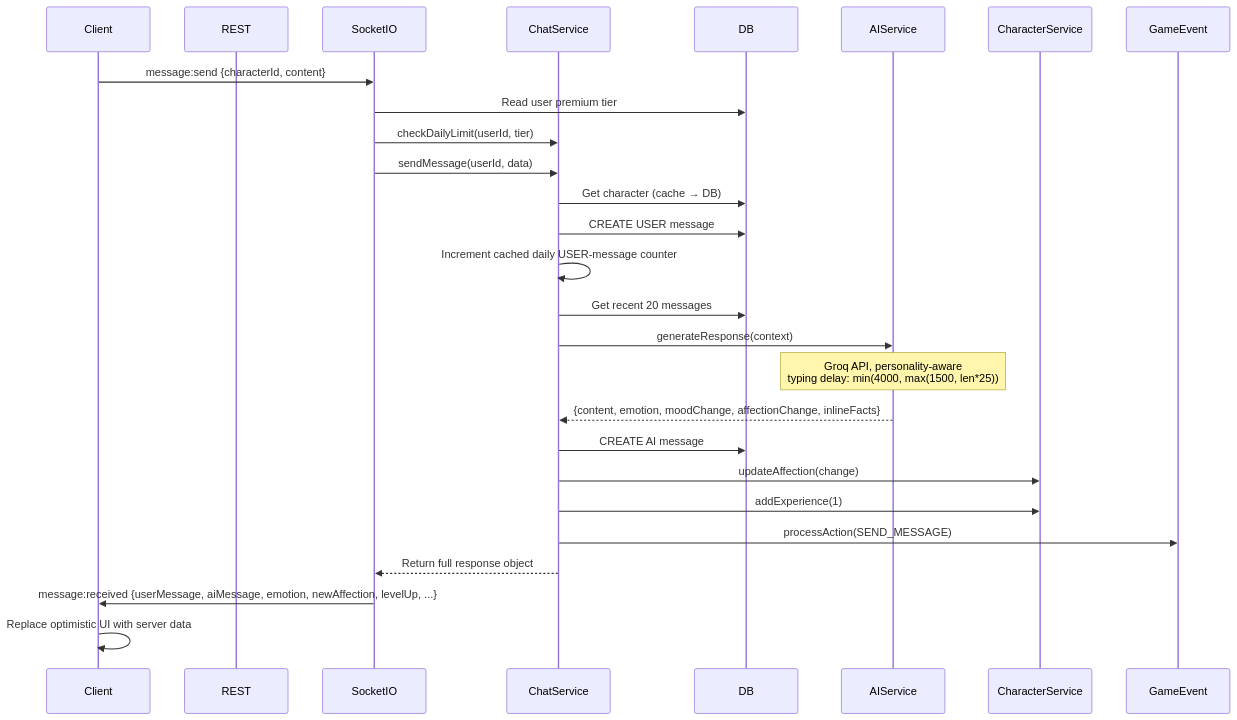
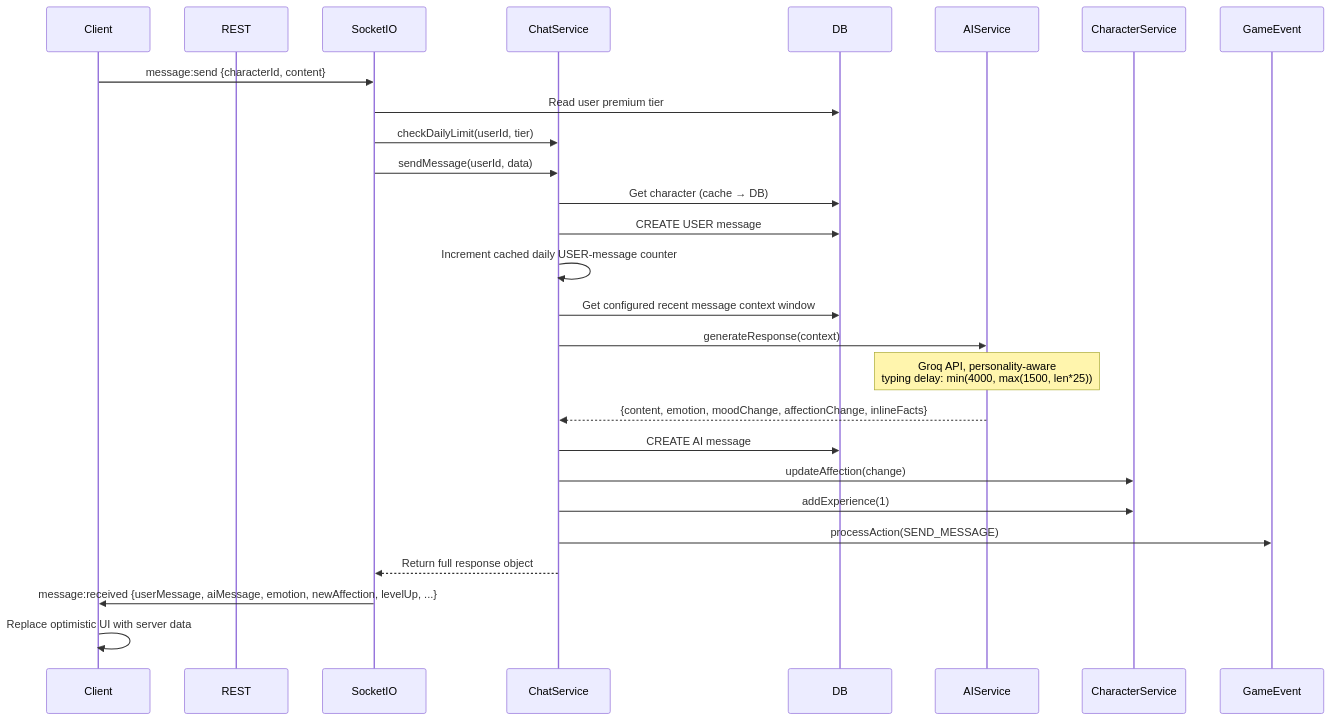
Before and after one commit to haidonglethqb/VirtualGfriend: the diagram in docs/system/data-flows/chat-flow.md, drawn with Mermaid. The commit also changed 11 other files, not shown here.

````diff
--- a/docs/system/data-flows/chat-flow.md
+++ b/docs/system/data-flows/chat-flow.md
@@ -8,30 +8,30 @@
 ```mermaid
 sequenceDiagram
     participant Client
     participant REST
     participant SocketIO
     participant ChatService
     participant DB
     participant AIService
     participant CharacterService
     participant GameEvent
 
     Client->>SocketIO: message:send {characterId, content}
     SocketIO->>DB: Read user premium tier
     SocketIO->>ChatService: checkDailyLimit(userId, tier)
     SocketIO->>ChatService: sendMessage(userId, data)
     ChatService->>DB: Get character (cache → DB)
     ChatService->>DB: CREATE USER message
     ChatService->>ChatService: Increment cached daily USER-message counter
-    ChatService->>DB: Get recent 20 messages
+    ChatService->>DB: Get configured recent message context window
     ChatService->>AIService: generateResponse(context)
     Note over AIService: Groq API, personality-aware<br/>typing delay: min(4000, max(1500, len*25))
     AIService-->>ChatService: {content, emotion, moodChange, affectionChange, inlineFacts}
     ChatService->>DB: CREATE AI message
     ChatService->>CharacterService: updateAffection(change)
     ChatService->>CharacterService: addExperience(1)
     ChatService->>GameEvent: processAction(SEND_MESSAGE)
     ChatService-->>SocketIO: Return full response object
     SocketIO->>Client: message:received {userMessage, aiMessage, emotion, newAffection, levelUp, ...}
     Client->>Client: Replace optimistic UI with server data
 ```
````
